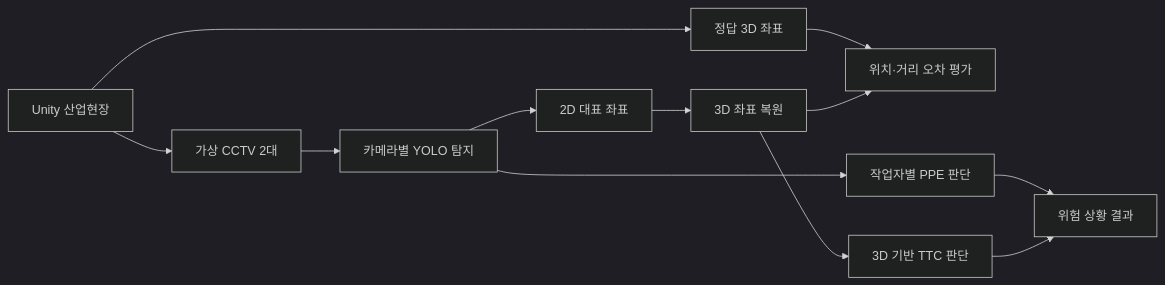
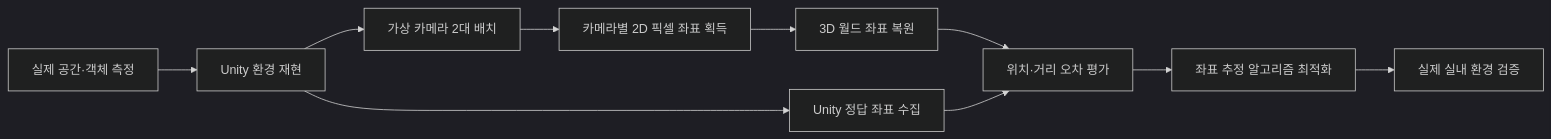
Before and after one commit to geunchanKim/Comprehensive-Design-Project2-CCTV-Safety: the diagram in README.md, drawn with Mermaid (dark theme). The commit also changed other lines of this file, not shown here.

````diff
--- a/README.md
+++ b/README.md
@@ -48,14 +40,12 @@
 ```mermaid
 flowchart LR
-    A[Unity 산업현장] --> B[가상 CCTV 2대]
-    A --> C[정답 3D 좌표]
-    B --> D[카메라별 YOLO 탐지]
-    D --> E[2D 대표 좌표]
-    E --> F[3D 좌표 복원]
-    C --> G[위치·거리 오차 평가]
+    A[실제 공간·객체 측정] --> B[Unity 환경 재현]
+    B --> C[가상 카메라 2대 배치]
+    C --> D[카메라별 2D 픽셀 좌표 획득]
+    D --> E[3D 월드 좌표 복원]
+    B --> F[Unity 정답 좌표 수집]
+    E --> G[위치·거리 오차 평가]
     F --> G
-    D --> H[작업자별 PPE 판단]
-    F --> I[3D 기반 TTC 판단]
-    H --> J[위험 상황 결과]
-    I --> J
+    G --> H[좌표 추정 알고리즘 최적화]
+    H --> I[실제 실내 환경 검증]
 ```
````
